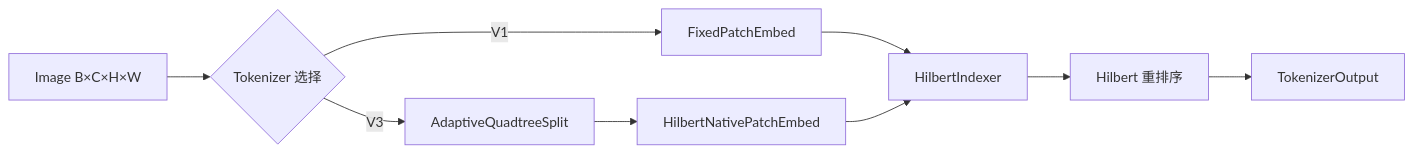
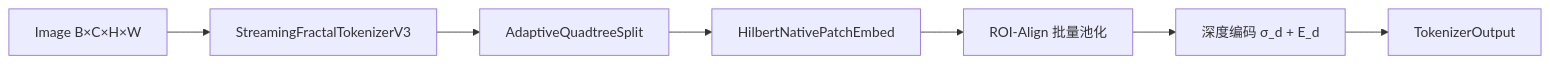
Before and after one commit to LoopyBrainie/fractal-curve-tokenizer: the diagram in documents/03_fractal_tokenizer.md, drawn with Mermaid. The commit also changed other lines of this file and 6 other files, not shown here.

````diff
--- a/documents/03_fractal_tokenizer.md
+++ b/documents/03_fractal_tokenizer.md
@@ -7,11 +10,9 @@
 ```mermaid
 graph LR
-    A[Image B×C×H×W] --> B{Tokenizer 选择}
-    B -->|V1| C[FixedPatchEmbed]
-    B -->|V3| D[AdaptiveQuadtreeSplit]
-    D --> E[HilbertNativePatchEmbed]
-    C --> F[HilbertIndexer]
-    E --> F
-    F --> G[Hilbert 重排序]
-    G --> H[TokenizerOutput]
+    A[Image B×C×H×W] --> B[StreamingFractalTokenizerV3]
+    B --> C[AdaptiveQuadtreeSplit]
+    C --> D[HilbertNativePatchEmbed]
+    D --> E[ROI-Align 批量池化]
+    E --> F[深度编码 σ_d + E_d]
+    F --> G[TokenizerOutput]
 ```
````
